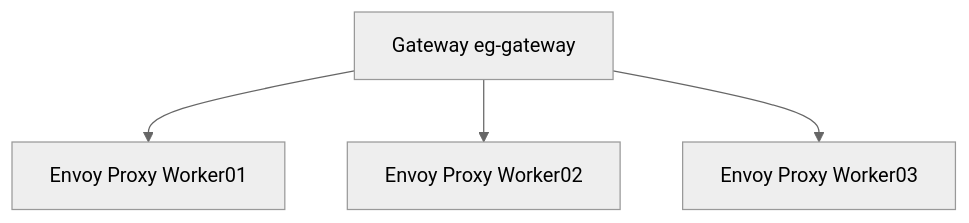
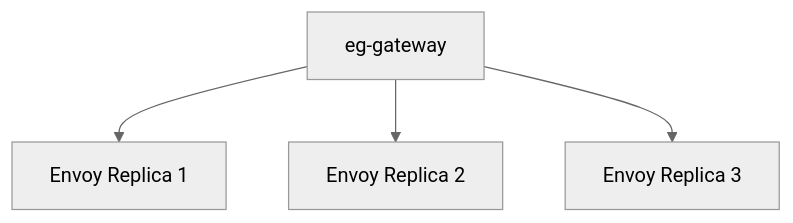
The eighth of 18 diagrams in docs/03-gateway-api/README.md (ahmed-sayed-devops/microservices-platform-gitops), drawn with Mermaid (neutral theme) before and after one commit. The commit also changed other lines of this file, not shown here.

Commit message:
docs: update Gateway API documentation with TLS

````diff
--- a/docs/03-gateway-api/README.md
+++ b/docs/03-gateway-api/README.md
@@ -668,12 +453,11 @@
 ```mermaid
 graph TD
-    Gateway[Gateway eg-gateway]
+    GATEWAY["eg-gateway"]
+    ENVOY1["Envoy Replica 1"]
+    ENVOY2["Envoy Replica 2"]
+    ENVOY3["Envoy Replica 3"]
 
-    Envoy1[Envoy Proxy Worker01]
-    Envoy2[Envoy Proxy Worker02]
-    Envoy3[Envoy Proxy Worker03]
-
-    Gateway --> Envoy1
-    Gateway --> Envoy2
-    Gateway --> Envoy3
+    GATEWAY --> ENVOY1
+    GATEWAY --> ENVOY2
+    GATEWAY --> ENVOY3
 ```
````
